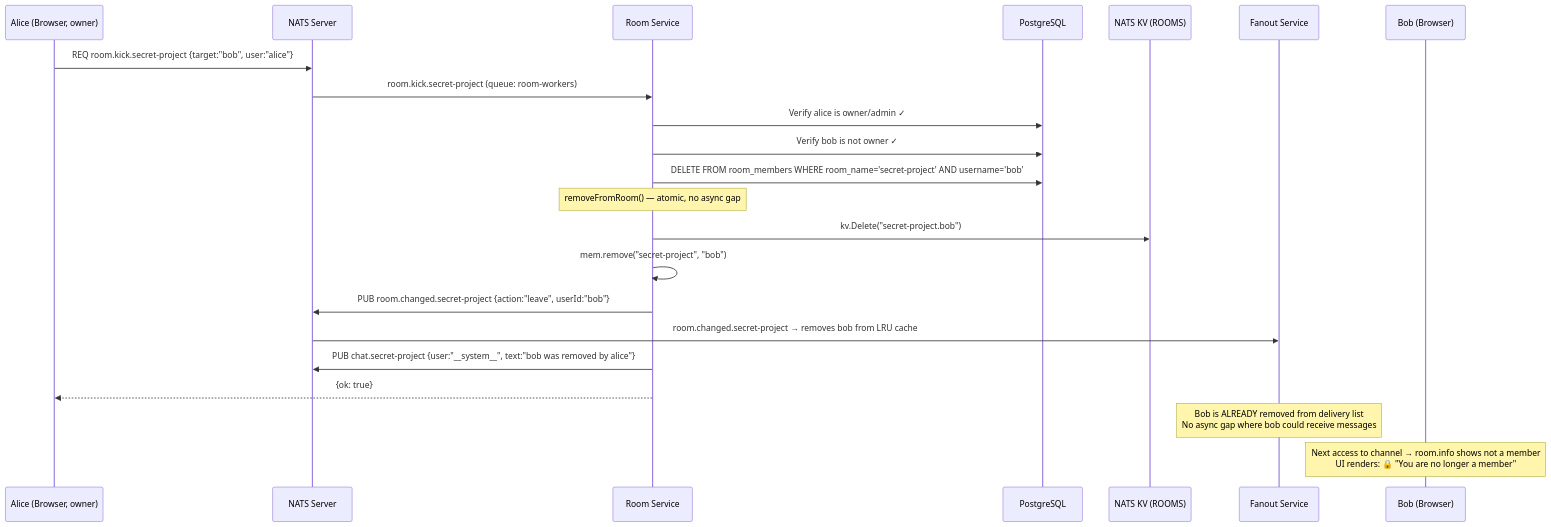
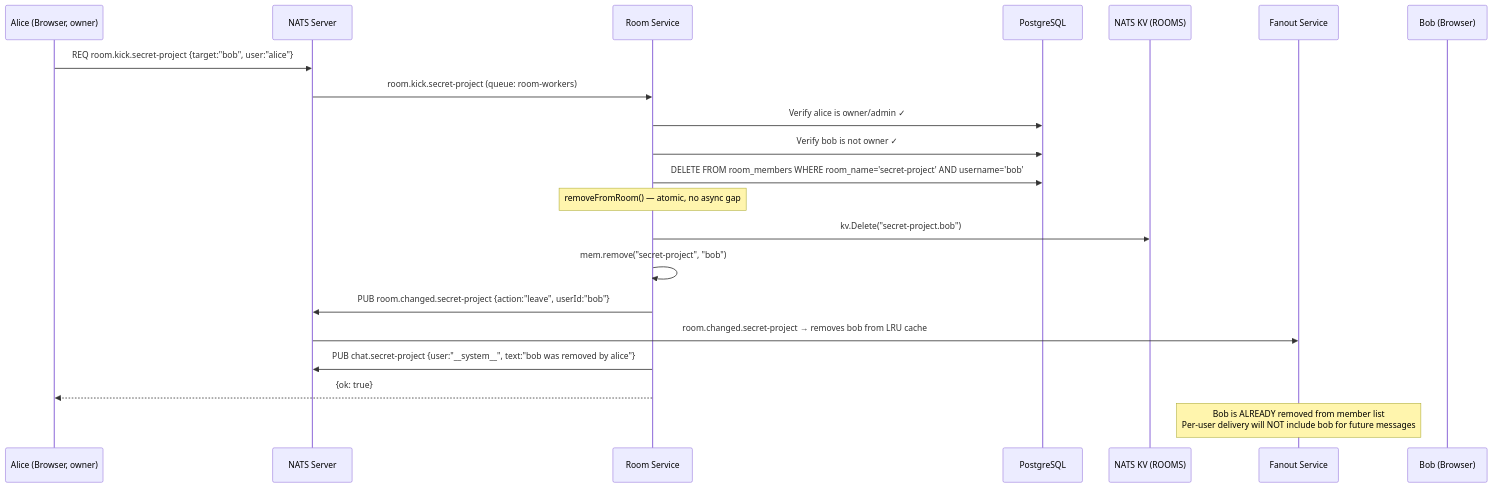
The eighth of 16 diagrams in docs/plans/2026-02-25-room-subscription-design.md (julianshen/nats-chat-keycloak), drawn with Mermaid before and after one commit. The commit also changed other lines of this file, not shown here.

First line of the commit message:
docs: rewrite room subscription design for two-stream architecture

````diff
--- a/docs/plans/2026-02-25-room-subscription-design.md
+++ b/docs/plans/2026-02-25-room-subscription-design.md
@@ -265,32 +318,30 @@
 ```mermaid
 sequenceDiagram
     participant Alice as Alice (Browser, owner)
     participant NATS as NATS Server
     participant RoomSvc as Room Service
     participant DB as PostgreSQL
     participant KV as NATS KV (ROOMS)
     participant Fanout as Fanout Service
     participant Bob as Bob (Browser)
 
     Alice->>NATS: REQ room.kick.secret-project {target:"bob", user:"alice"}
     NATS->>RoomSvc: room.kick.secret-project (queue: room-workers)
 
     RoomSvc->>DB: Verify alice is owner/admin ✓
     RoomSvc->>DB: Verify bob is not owner ✓
     RoomSvc->>DB: DELETE FROM room_members WHERE room_name='secret-project' AND username='bob'
 
     Note over RoomSvc: removeFromRoom() — atomic, no async gap
 
     RoomSvc->>KV: kv.Delete("secret-project.bob")
     RoomSvc->>RoomSvc: mem.remove("secret-project", "bob")
     RoomSvc->>NATS: PUB room.changed.secret-project {action:"leave", userId:"bob"}
 
     NATS->>Fanout: room.changed.secret-project → removes bob from LRU cache
 
     RoomSvc->>NATS: PUB chat.secret-project {user:"__system__", text:"bob was removed by alice"}
     RoomSvc-->>Alice: {ok: true}
 
-    Note over Fanout: Bob is ALREADY removed from delivery list<br/>No async gap where bob could receive messages
-
-    Note over Bob: Next access to channel → room.info shows not a member<br/>UI renders: 🔒 "You are no longer a member"
+    Note over Fanout: Bob is ALREADY removed from member list<br/>Per-user delivery will NOT include bob for future messages
 ```
````
